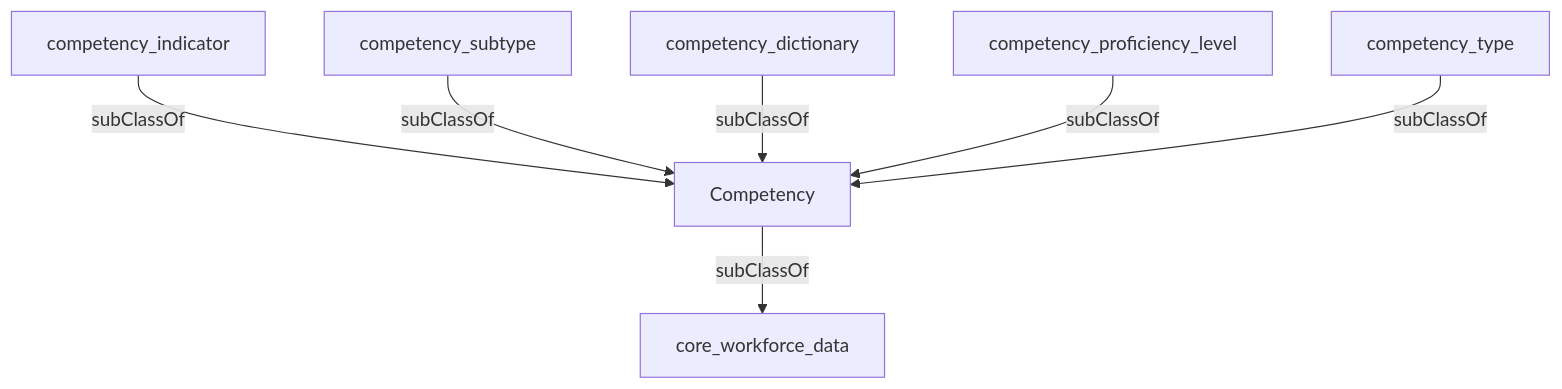
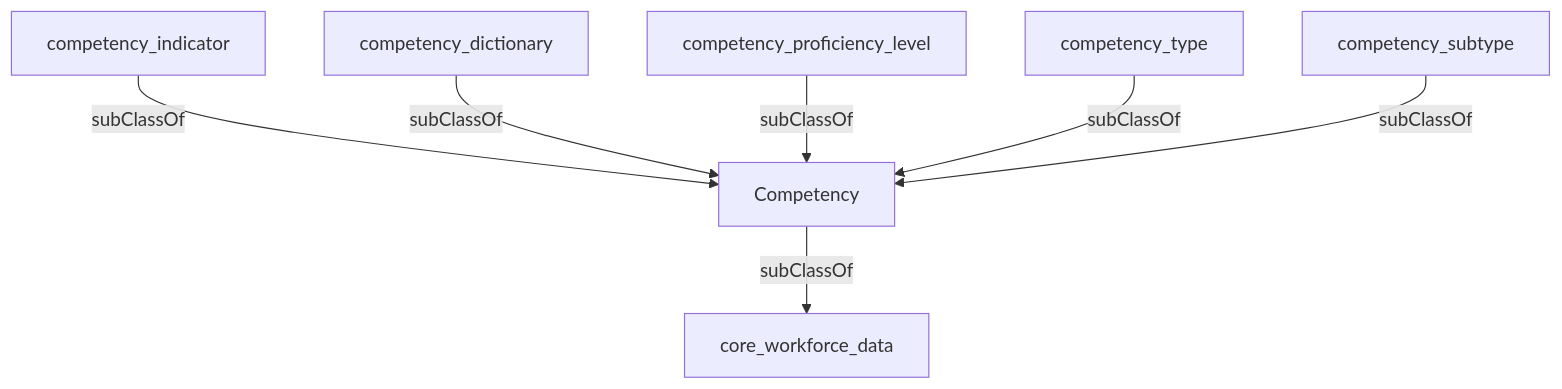
The diagram in content/hr_data_model/area_competency.md (heidingaway/heidi2), drawn with Mermaid before and after one commit. The commit also changed other lines of this file and 350 other files, not shown here.

````diff
--- a/content/hr_data_model/area_competency.md
+++ b/content/hr_data_model/area_competency.md
@@ -27,16 +28,16 @@
 ```mermaid
 graph TD
   Competency["Competency"]:::current-page-node
   core_workforce_data["core_workforce_data"]
   competency_proficiency_level["competency_proficiency_level"]
   competency_subtype["competency_subtype"]
   competency_type["competency_type"]
   competency_indicator["competency_indicator"]
   competency_dictionary["competency_dictionary"]
   competency_indicator-->|" subClassOf "|Competency
   Competency-->|" subClassOf "|core_workforce_data
-  competency_subtype-->|" subClassOf "|Competency
   competency_dictionary-->|" subClassOf "|Competency
   competency_proficiency_level-->|" subClassOf "|Competency
   competency_type-->|" subClassOf "|Competency
+  competency_subtype-->|" subClassOf "|Competency
 ```
````
